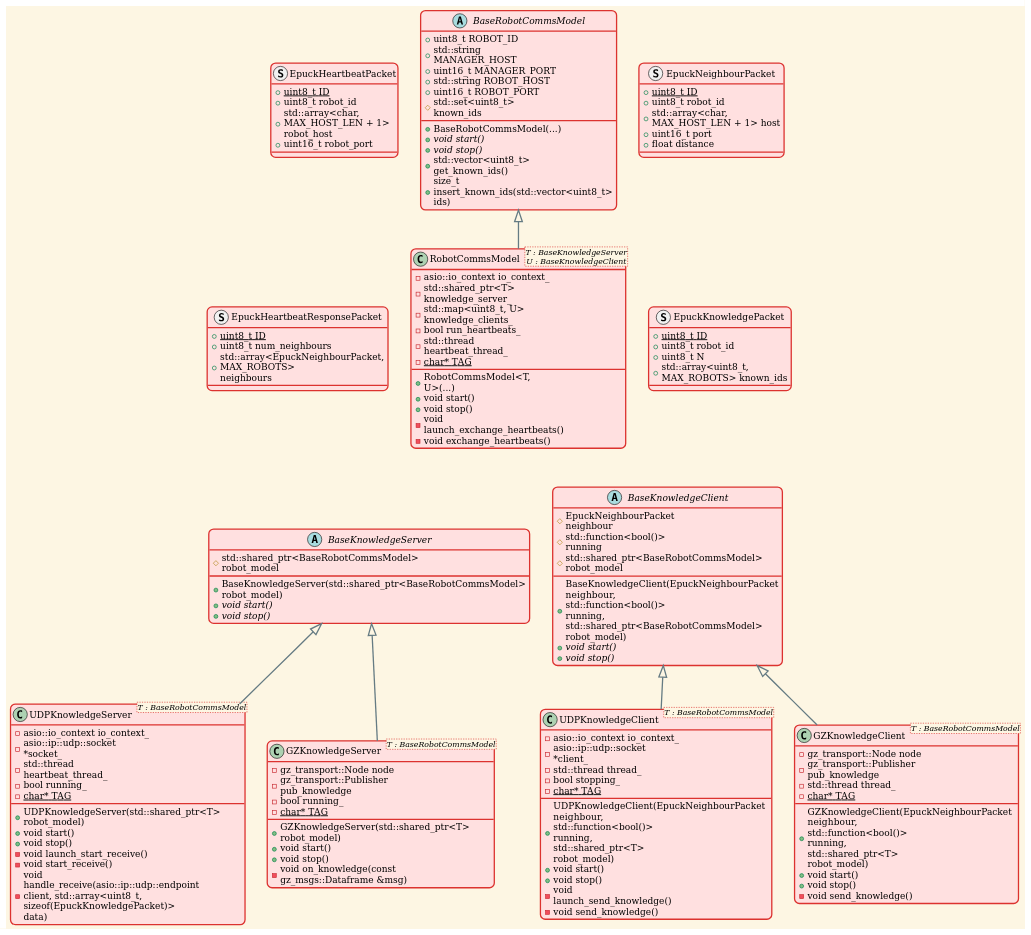
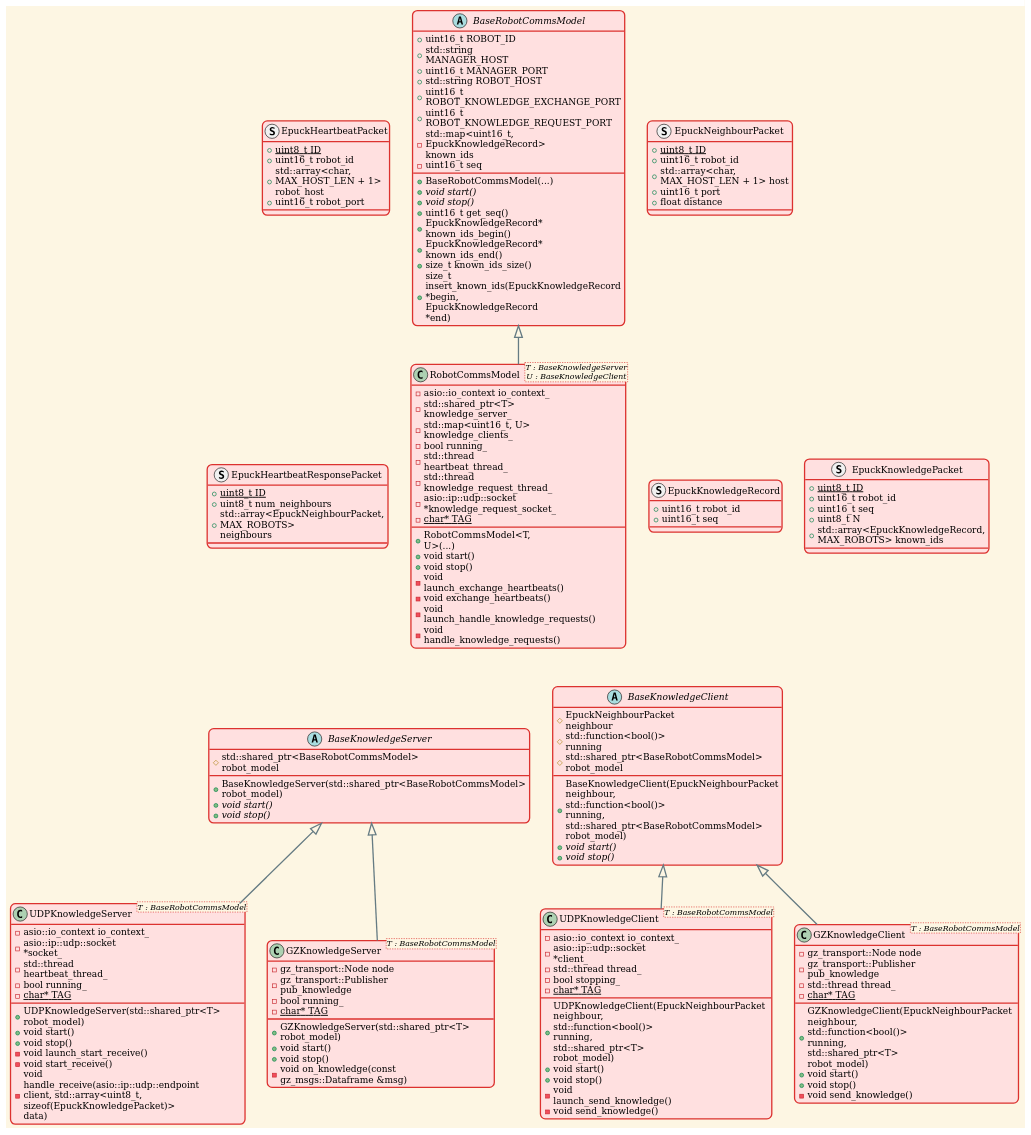
Before and after one commit to eshjordan/lazy_agent_sim: the diagram in ros_gz_lazy_agent_sim_applications/agent_local_comms_server/doc/comms_class.puml, drawn with PlantUML. The commit also changed 8 other files, not shown here.

Commit message:
Implemented UDP server for listening to knowledge requests on agents, periodically requested by the LocalCommsManager

```diff
--- a/ros_gz_lazy_agent_sim_applications/agent_local_comms_server/doc/comms_class.puml
+++ b/ros_gz_lazy_agent_sim_applications/agent_local_comms_server/doc/comms_class.puml
@@ -1,146 +1,162 @@
 @startuml
 
 !theme sunlust
 
 abstract class BaseKnowledgeServer {
   + BaseKnowledgeServer(std::shared_ptr<BaseRobotCommsModel> robot_model)
   + {abstract} void start()
   + {abstract} void stop()
   # std::shared_ptr<BaseRobotCommsModel> robot_model
 }
 
 abstract class BaseKnowledgeClient {
   + BaseKnowledgeClient(EpuckNeighbourPacket neighbour, std::function<bool()> running, std::shared_ptr<BaseRobotCommsModel> robot_model)
   + {abstract} void start()
   + {abstract} void stop()
   # EpuckNeighbourPacket neighbour
   # {field} std::function<bool()> running
   # std::shared_ptr<BaseRobotCommsModel> robot_model
 }
 
 abstract class BaseRobotCommsModel {
-  + uint8_t ROBOT_ID
+  + uint16_t ROBOT_ID
   + std::string MANAGER_HOST
   + uint16_t MANAGER_PORT
   + std::string ROBOT_HOST
-  + uint16_t ROBOT_PORT
-  # std::set<uint8_t> known_ids
+  + uint16_t ROBOT_KNOWLEDGE_EXCHANGE_PORT
+  + uint16_t ROBOT_KNOWLEDGE_REQUEST_PORT
+  - std::map<uint16_t, EpuckKnowledgeRecord> known_ids
+  - uint16_t seq
 
   + BaseRobotCommsModel(...)
   + {abstract} void start()
   + {abstract} void stop()
-  + std::vector<uint8_t> get_known_ids()
-  + size_t insert_known_ids(std::vector<uint8_t> ids)
+  + uint16_t get_seq()
+  + EpuckKnowledgeRecord* known_ids_begin()
+  + EpuckKnowledgeRecord* known_ids_end()
+  + size_t known_ids_size()
+  + size_t insert_known_ids(EpuckKnowledgeRecord *begin, EpuckKnowledgeRecord *end)
 }
 
 
 struct EpuckHeartbeatPacket {
   +{static} uint8_t ID
-  +uint8_t robot_id
+  +uint16_t robot_id
   +std::array<char, MAX_HOST_LEN + 1> robot_host
   +uint16_t robot_port
 }
 
 struct EpuckNeighbourPacket {
   +{static} uint8_t ID
-  +uint8_t robot_id
+  +uint16_t robot_id
   +std::array<char, MAX_HOST_LEN + 1> host
   +uint16_t port
   +float distance
 }
 
 struct EpuckHeartbeatResponsePacket {
   +{static} uint8_t ID
   +uint8_t num_neighbours
   +std::array<EpuckNeighbourPacket, MAX_ROBOTS> neighbours
 }
 
+struct EpuckKnowledgeRecord {
+  +uint16_t robot_id
+  +uint16_t seq
+}
+
 struct EpuckKnowledgePacket {
   +{static} uint8_t ID
-  +uint8_t robot_id
+  +uint16_t robot_id
+  +uint16_t seq
   +uint8_t N
-  +std::array<uint8_t, MAX_ROBOTS> known_ids
+  +std::array<EpuckKnowledgeRecord, MAX_ROBOTS> known_ids
 }
 
 
 class RobotCommsModel <T : BaseKnowledgeServer\nU : BaseKnowledgeClient> {
   + RobotCommsModel<T, U>(...)
   + void start()
   + void stop()
   - void launch_exchange_heartbeats()
   - void exchange_heartbeats()
+  - void launch_handle_knowledge_requests()
+  - void handle_knowledge_requests()
   - asio::io_context io_context_
   - std::shared_ptr<T> knowledge_server_
-  - std::map<uint8_t, U> knowledge_clients_
-  - bool run_heartbeats_
+  - std::map<uint16_t, U> knowledge_clients_
+  - bool running_
   - std::thread heartbeat_thread_
+  - std::thread knowledge_request_thread_
+  - asio::ip::udp::socket *knowledge_request_socket_
   - {static} char* TAG
 }
 
 
 class UDPKnowledgeServer <T : BaseRobotCommsModel> {
   + UDPKnowledgeServer(std::shared_ptr<T> robot_model)
   + void start()
   + void stop()
   - void launch_start_receive()
   - void start_receive()
   - void handle_receive(asio::ip::udp::endpoint client, std::array<uint8_t, sizeof(EpuckKnowledgePacket)> data)
   - asio::io_context io_context_
   - asio::ip::udp::socket *socket_
   - std::thread heartbeat_thread_
   - bool running_
   - {static} char* TAG
 }
 
 class UDPKnowledgeClient <T : BaseRobotCommsModel> {
   + UDPKnowledgeClient(EpuckNeighbourPacket neighbour, std::function<bool()> running, std::shared_ptr<T> robot_model)
   + void start()
   + void stop()
   - void launch_send_knowledge()
   - void send_knowledge()
   - asio::io_context io_context_
   - asio::ip::udp::socket *client_
   - std::thread thread_
   - bool stopping_
   - {static} char* TAG
 }
 
 
 class GZKnowledgeServer <T : BaseRobotCommsModel> {
   + GZKnowledgeServer(std::shared_ptr<T> robot_model)
   + void start()
   + void stop()
   - void on_knowledge(const gz_msgs::Dataframe &msg)
   - gz_transport::Node node
   - gz_transport::Publisher pub_knowledge
   - bool running_
   - {static} char* TAG
 }
 
 class GZKnowledgeClient <T : BaseRobotCommsModel> {
   + GZKnowledgeClient(EpuckNeighbourPacket neighbour, std::function<bool()> running, std::shared_ptr<T> robot_model)
   + void start()
   + void stop()
   - void send_knowledge()
   - gz_transport::Node node
   - gz_transport::Publisher pub_knowledge
   - std::thread thread_
   - {static} char* TAG
 }
 
 
 BaseRobotCommsModel <|-- RobotCommsModel
 BaseKnowledgeServer <|-- UDPKnowledgeServer
 BaseKnowledgeClient <|-- UDPKnowledgeClient
 BaseKnowledgeServer <|-- GZKnowledgeServer
 BaseKnowledgeClient <|-- GZKnowledgeClient
 
 RobotCommsModel <|-[hidden]- BaseKnowledgeServer
 RobotCommsModel <|-[hidden]- BaseKnowledgeClient
 
 BaseRobotCommsModel -[hidden]left-> EpuckHeartbeatPacket
 RobotCommsModel -[hidden]left-> EpuckHeartbeatResponsePacket
 BaseRobotCommsModel -[hidden]right-> EpuckNeighbourPacket
 RobotCommsModel -[hidden]right-> EpuckKnowledgePacket
+RobotCommsModel -[hidden]right-> EpuckKnowledgeRecord
 
 @enduml
```
